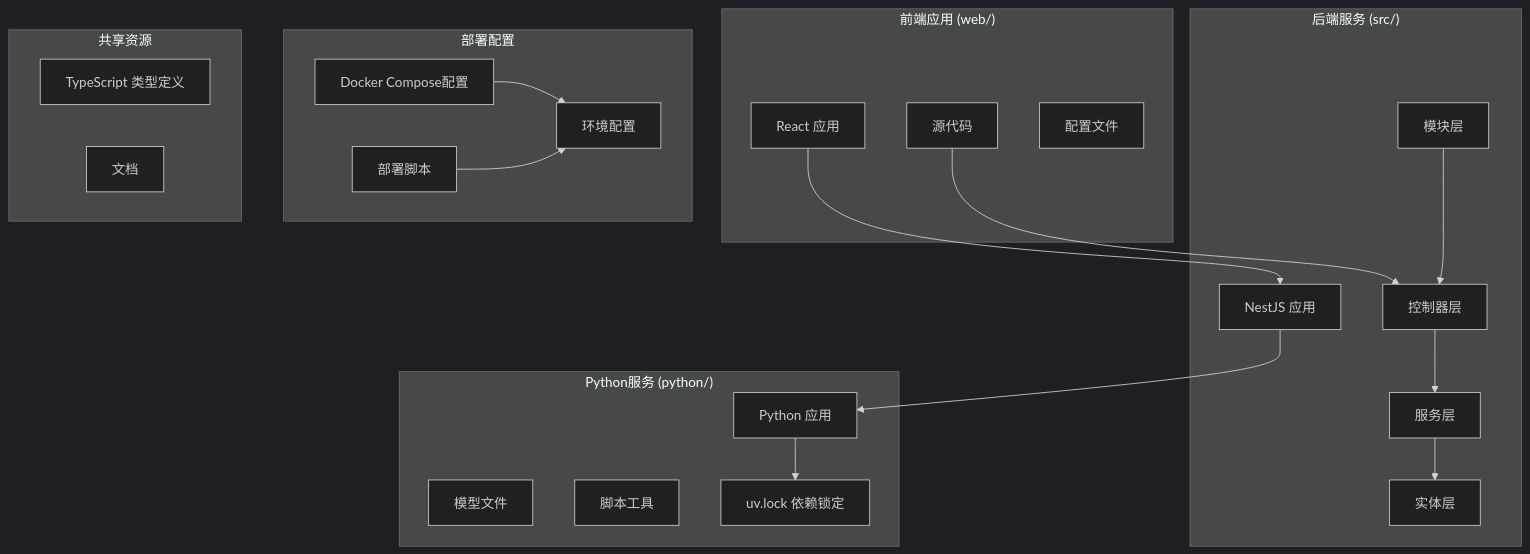
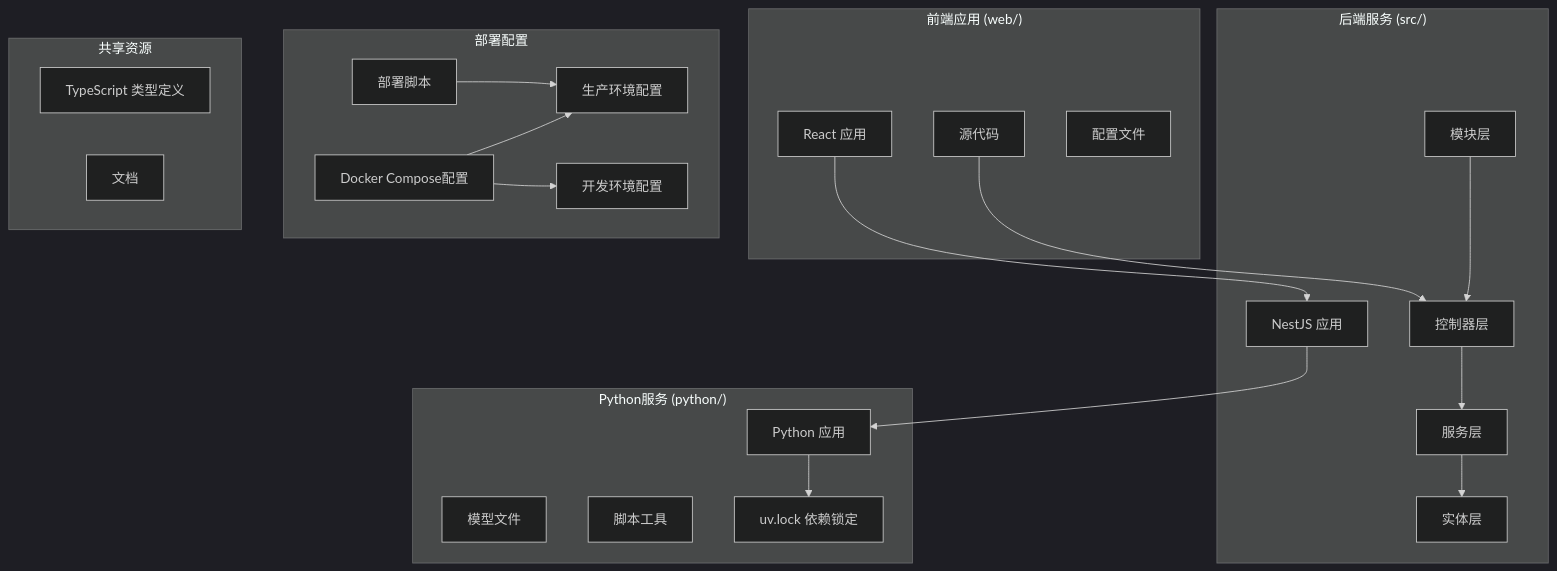
Before and after one commit to L1mingyoung/ex: the first of 3 diagrams in .qoder/repowiki/zh/content/部署与运维/部署指南.md, drawn with Mermaid (dark theme). The commit also changed other lines of this file and 9 other files, not shown here.

````diff
--- a/.qoder/repowiki/zh/content/部署与运维/部署指南.md
+++ b/.qoder/repowiki/zh/content/部署与运维/部署指南.md
@@ -59,39 +58,41 @@
 ```mermaid
 graph TB
 subgraph "前端应用 (web/)"
 ReactApp[React 应用]
 WebSrc[源代码]
 WebConfig[配置文件]
 end
 subgraph "后端服务 (src/)"
 NestApp[NestJS 应用]
 Controllers[控制器层]
 Services[服务层]
 Entities[实体层]
 Modules[模块层]
 end
 subgraph "Python服务 (python/)"
 PyApp[Python 应用]
 Models[模型文件]
 Scripts[脚本工具]
 UVLock[uv.lock 依赖锁定]
 end
 subgraph "部署配置"
 DockerCompose[Docker Compose配置]
 DeployScripts[部署脚本]
-EnvConfig[环境配置]
+ProdCompose[生产环境配置]
+DevCompose[开发环境配置]
 end
 subgraph "共享资源"
 Types[TypeScript 类型定义]
 Docs[文档]
 end
 ReactApp --> NestApp
 NestApp --> PyApp
 WebSrc --> Controllers
 Controllers --> Services
 Services --> Entities
 Modules --> Controllers
-DockerCompose --> EnvConfig
-DeployScripts --> EnvConfig
+DockerCompose --> ProdCompose
+DockerCompose --> DevCompose
+DeployScripts --> ProdCompose
 PyApp --> UVLock
 ```
````
